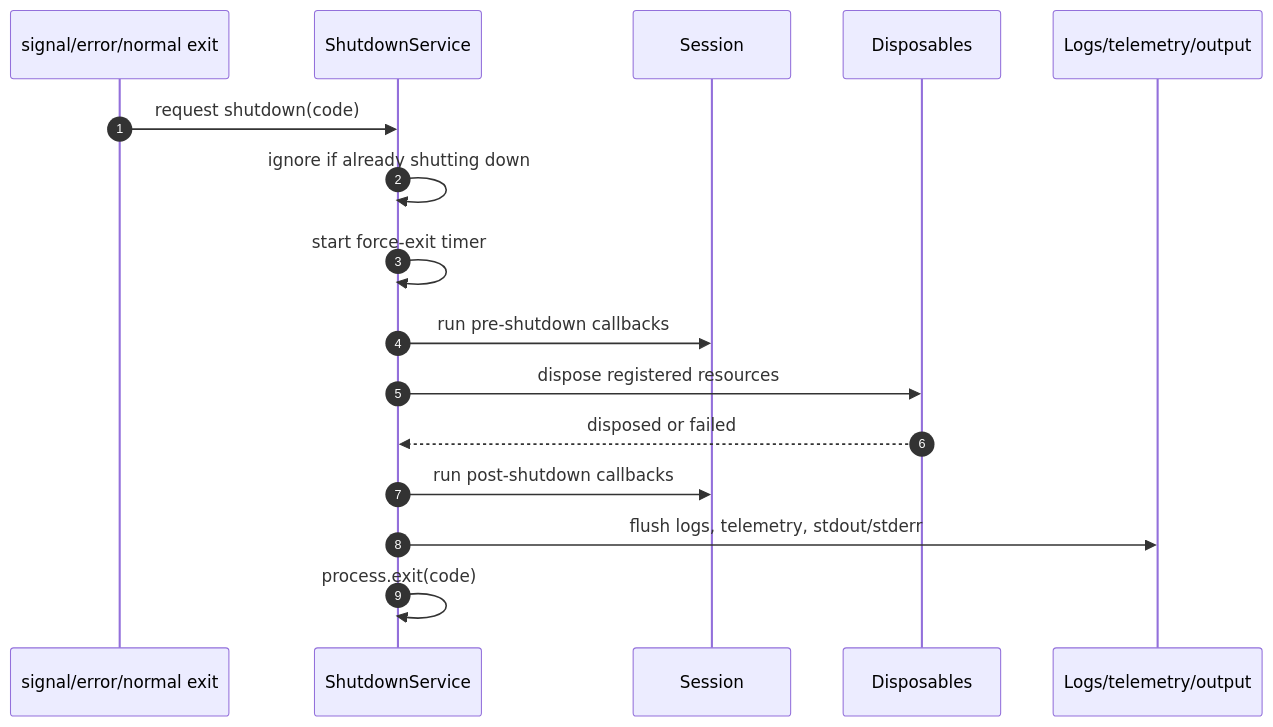
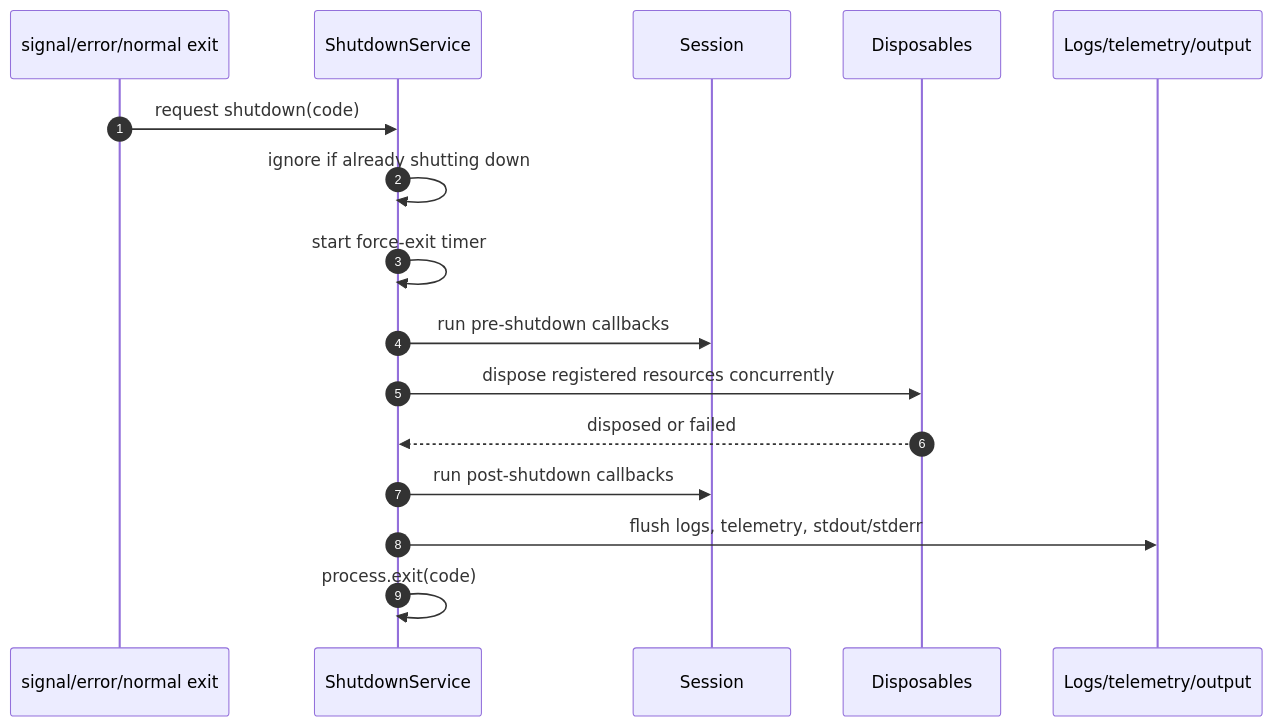
Before and after one commit to vibewatch/copilot-cli-internals: the eighth of 9 diagrams in docs/05-hosted-agent-ops/telemetry-update-and-shutdown.md, drawn with Mermaid. The commit also changed other lines of this file and 46 other files, not shown here.

````diff
--- a/docs/05-hosted-agent-ops/telemetry-update-and-shutdown.md
+++ b/docs/05-hosted-agent-ops/telemetry-update-and-shutdown.md
@@ -174,19 +184,19 @@
 ```mermaid
 sequenceDiagram
     autonumber
     participant Signal as signal/error/normal exit
     participant Shutdown as ShutdownService
     participant Session as Session
     participant Services as Disposables
     participant Logs as Logs/telemetry/output
 
     Signal->>Shutdown: request shutdown(code)
     Shutdown->>Shutdown: ignore if already shutting down
     Shutdown->>Shutdown: start force-exit timer
     Shutdown->>Session: run pre-shutdown callbacks
-    Shutdown->>Services: dispose registered resources
+    Shutdown->>Services: dispose registered resources concurrently
     Services-->>Shutdown: disposed or failed
     Shutdown->>Session: run post-shutdown callbacks
     Shutdown->>Logs: flush logs, telemetry, stdout/stderr
     Shutdown->>Shutdown: process.exit(code)
 ```
````
